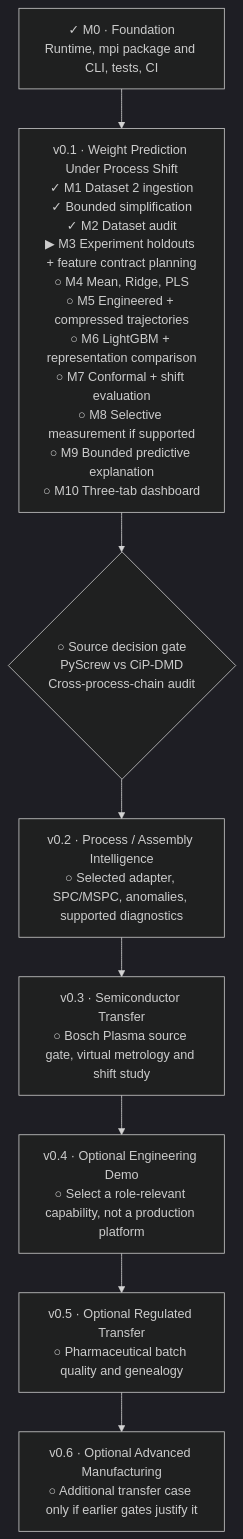
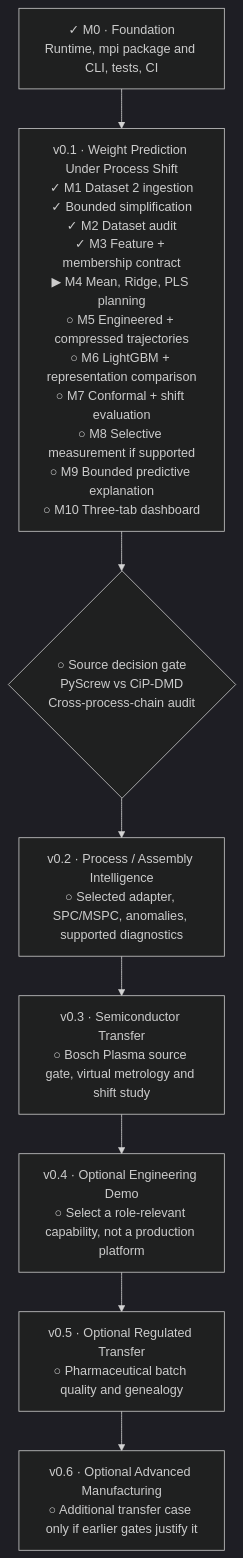
One commit to stevennitesh/manufacturing-process-intelligence changed the diagram in docs/implementation-roadmap.md. Above: the diagram before and after it, drawn with Mermaid (dark theme). The commit also changed other lines of this file and 7 other files, not shown here.

Commit message:
Complete M3 feature and evaluation contract

````diff
--- a/docs/implementation-roadmap.md
+++ b/docs/implementation-roadmap.md
@@ -35,15 +36,15 @@
 ```mermaid
 flowchart TB
     F["✓ M0 · Foundation<br/>Runtime, mpi package and CLI, tests, CI"]
 
-    MVP["v0.1 · Weight Prediction Under Process Shift<br/>✓ M1 Dataset 2 ingestion<br/>✓ Bounded simplification<br/>✓ M2 Dataset audit<br/>▶ M3 Experiment holdouts + feature contract planning<br/>○ M4 Mean, Ridge, PLS<br/>○ M5 Engineered + compressed trajectories<br/>○ M6 LightGBM + representation comparison<br/>○ M7 Conformal + shift evaluation<br/>○ M8 Selective measurement if supported<br/>○ M9 Bounded predictive explanation<br/>○ M10 Three-tab dashboard"]
+    MVP["v0.1 · Weight Prediction Under Process Shift<br/>✓ M1 Dataset 2 ingestion<br/>✓ Bounded simplification<br/>✓ M2 Dataset audit<br/>✓ M3 Feature + membership contract<br/>▶ M4 Mean, Ridge, PLS planning<br/>○ M5 Engineered + compressed trajectories<br/>○ M6 LightGBM + representation comparison<br/>○ M7 Conformal + shift evaluation<br/>○ M8 Selective measurement if supported<br/>○ M9 Bounded predictive explanation<br/>○ M10 Three-tab dashboard"]
 
     AUDIT{"○ Source decision gate<br/>PyScrew vs CiP-DMD<br/>Cross-process-chain audit"}
     PI["v0.2 · Process / Assembly Intelligence<br/>○ Selected adapter, SPC/MSPC, anomalies, supported diagnostics"]
     SEMI["v0.3 · Semiconductor Transfer<br/>○ Bosch Plasma source gate, virtual metrology and shift study"]
     PROD["v0.4 · Optional Engineering Demo<br/>○ Select a role-relevant capability, not a production platform"]
     PHARMA["v0.5 · Optional Regulated Transfer<br/>○ Pharmaceutical batch quality and genealogy"]
     ADV["v0.6 · Optional Advanced Manufacturing<br/>○ Additional transfer case only if earlier gates justify it"]
 
     F --> MVP --> AUDIT --> PI --> SEMI --> PROD --> PHARMA --> ADV
 ```
````
